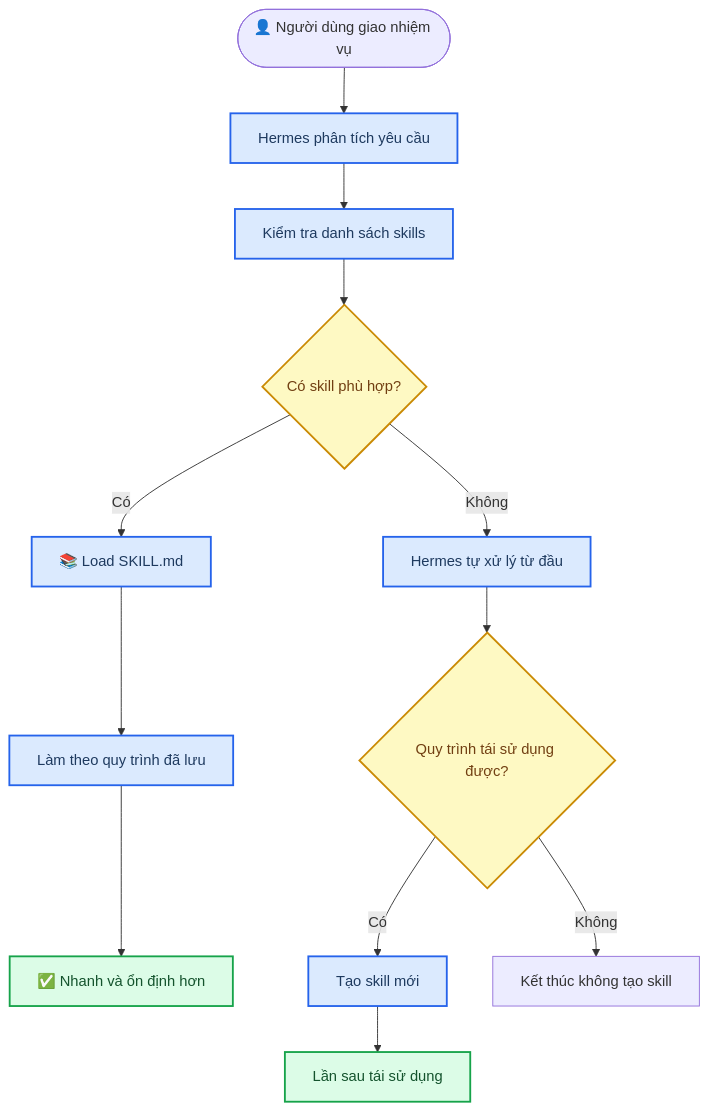
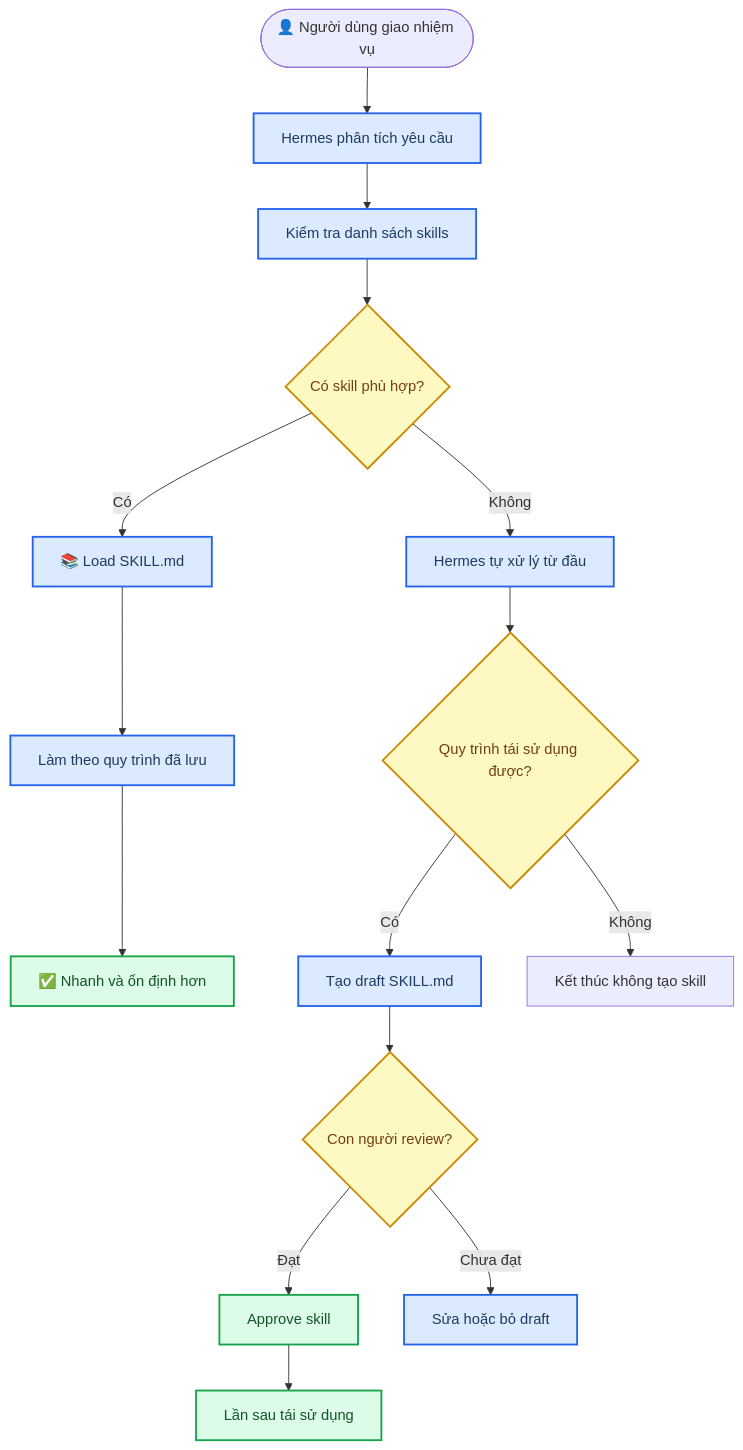
Before and after one commit to lamvu-ha/Hermes_From-theory-to-practice: the fourth of 10 diagrams in README.md, drawn with Mermaid. The commit also changed other lines of this file, not shown here.

Commit message:
Clarify emergent skills review loop

````diff
--- a/README.md
+++ b/README.md
@@ -157,25 +157,28 @@
 ```mermaid
 flowchart TD
     accTitle: Hermes Skill Reuse
     accDescr: Flow showing how Hermes checks for a matching skill, reuses it when available, or creates a new skill after solving a repeatable task
 
     task([👤 Người dùng giao nhiệm vụ]) --> analyze[Hermes phân tích yêu cầu]
     analyze --> check_skill[Kiểm tra danh sách skills]
     check_skill --> has_skill{Có skill phù hợp?}
     has_skill -->|Có| load_skill[📚 Load SKILL.md]
     load_skill --> follow_process[Làm theo quy trình đã lưu]
     follow_process --> stable[✅ Nhanh và ổn định hơn]
     has_skill -->|Không| solve_from_scratch[Hermes tự xử lý từ đầu]
     solve_from_scratch --> reusable{Quy trình tái sử dụng được?}
-    reusable -->|Có| create_skill[Tạo skill mới]
+    reusable -->|Có| create_skill[Tạo draft SKILL.md]
     reusable -->|Không| finish_no_skill[Kết thúc không tạo skill]
-    create_skill --> next_time[Lần sau tái sử dụng]
+    create_skill --> review{Con người review?}
+    review -->|Đạt| approve[Approve skill]
+    review -->|Chưa đạt| revise[Sửa hoặc bỏ draft]
+    approve --> next_time[Lần sau tái sử dụng]
 
     classDef decision fill:#fef9c3,stroke:#ca8a04,stroke-width:2px,color:#713f12
     classDef success fill:#dcfce7,stroke:#16a34a,stroke-width:2px,color:#14532d
     classDef process fill:#dbeafe,stroke:#2563eb,stroke-width:2px,color:#1e3a5f
 
-    class has_skill,reusable decision
-    class stable,next_time success
-    class analyze,check_skill,load_skill,follow_process,solve_from_scratch,create_skill process
+    class has_skill,reusable,review decision
+    class stable,approve,next_time success
+    class analyze,check_skill,load_skill,follow_process,solve_from_scratch,create_skill,revise process
 ```
````
